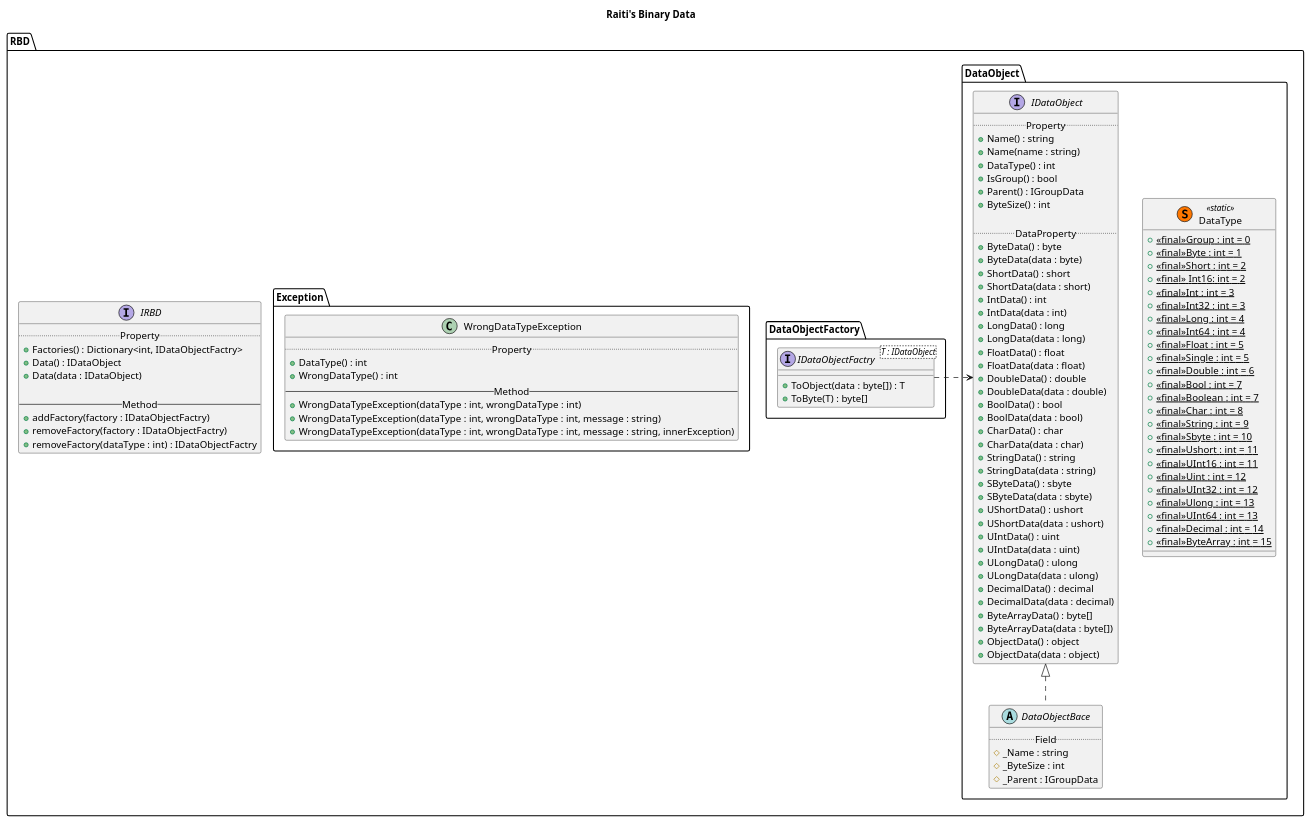
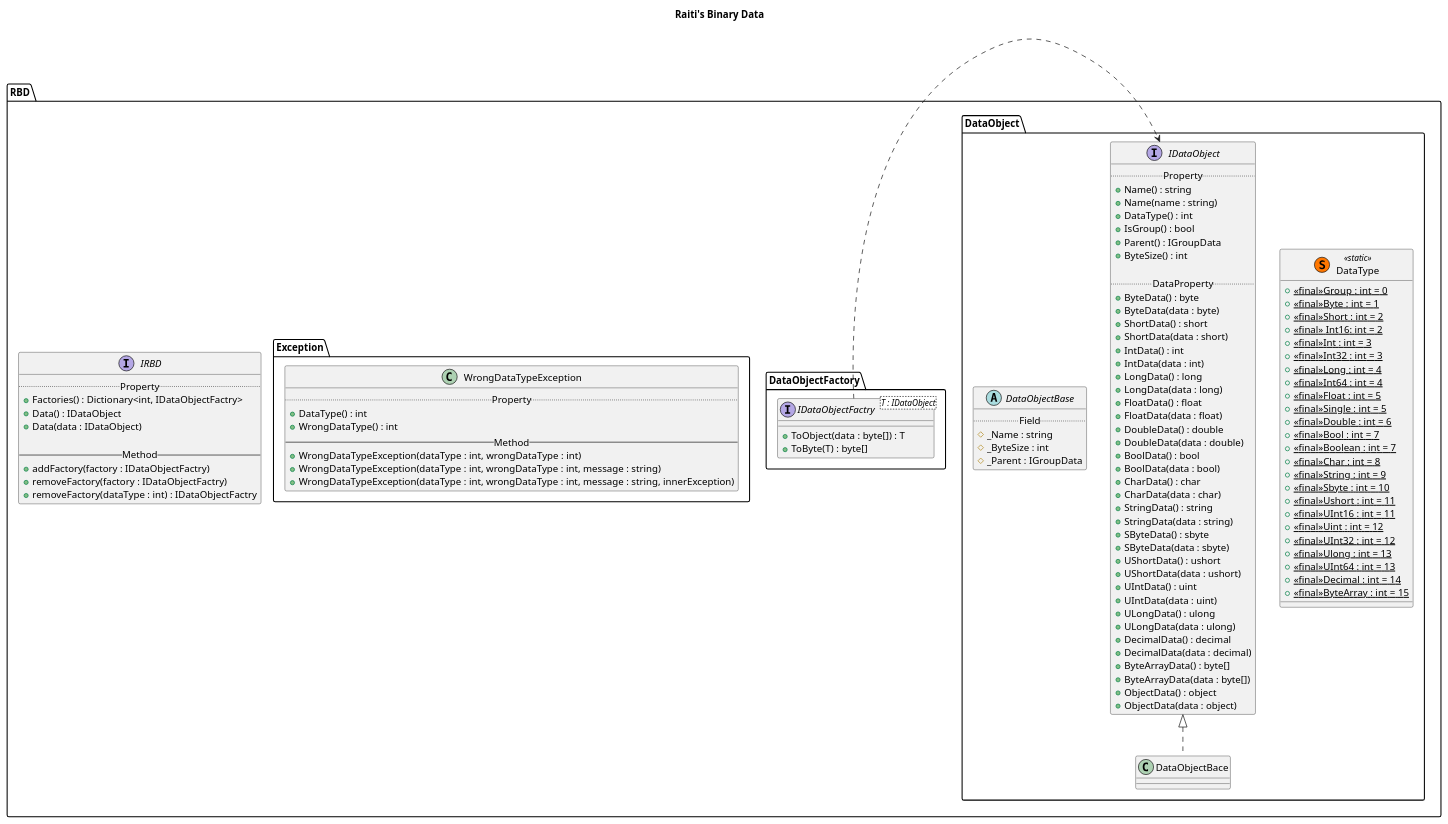
Before and after one commit to raiti-chan/CHUNITHM-Emulator: the diagram in Raitis Binary Data/ClassDiagram.wsd, drawn with PlantUML. The commit also changed 3 other files, not shown here.

```diff
--- a/Raitis Binary Data/ClassDiagram.wsd
+++ b/Raitis Binary Data/ClassDiagram.wsd
@@ -1,123 +1,123 @@
 @startuml {RBDClassDiagram.png}
 title Raiti's Binary Data
 namespace RBD {
 
 	interface IRBD {
 		..Property..
 		+Factories() : Dictionary<int, IDataObjectFactry>
 		+Data() : IDataObject
 		+Data(data : IDataObject)
 
 		--Method--
 		+addFactory(factory : IDataObjectFactry)
 		+removeFactory(factory : IDataObjectFactry)
 		+removeFactory(dataType : int) : IDataObjectFactry
 	}
 
 	
 	namespace DataObject{
 
 		interface IDataObject {
 			..Property..
 			+Name() : string
 			+Name(name : string)
 			+DataType() : int
 			+IsGroup() : bool
 			+Parent() : IGroupData
 			+ByteSize() : int
 
 			..DataProperty..
 			+ByteData() : byte
 			+ByteData(data : byte)
 			+ShortData() : short
 			+ShortData(data : short)
 			+IntData() : int
 			+IntData(data : int) 
 			+LongData() : long
 			+LongData(data : long)
 			+FloatData() : float
 			+FloatData(data : float)
 			+DoubleData() : double
 			+DoubleData(data : double)
 			+BoolData() : bool
 			+BoolData(data : bool)
 			+CharData() : char
 			+CharData(data : char)
 			+StringData() : string
 			+StringData(data : string)
 			+SByteData() : sbyte
 			+SByteData(data : sbyte)
 			+UShortData() : ushort
 			+UShortData(data : ushort)
 			+UIntData() : uint
 			+UIntData(data : uint)
 			+ULongData() : ulong
 			+ULongData(data : ulong)
 			+DecimalData() : decimal
 			+DecimalData(data : decimal)
 			+ByteArrayData() : byte[]
 			+ByteArrayData(data : byte[])
 			+ObjectData() : object
 			+ObjectData(data : object)
 		}
 
-		abstract DataObjectBace {
+		abstract DataObjectBase {
 			..Field..
 			#_Name : string
 			#_ByteSize : int
 			#_Parent : IGroupData
 		}
 
 		IDataObject <|.. DataObjectBace
 
 		class DataType <<(S,#FF7700)static>> {
 			+{static}<<final>>Group : int = 0
 			+{static}<<final>>Byte : int = 1
 			+{static}<<final>>Short : int = 2
 			+{static}<<final>> Int16: int = 2
 			+{static}<<final>>Int : int = 3
 			+{static}<<final>>Int32 : int = 3
 			+{static}<<final>>Long : int = 4
 			+{static}<<final>>Int64 : int = 4
 			+{static}<<final>>Float : int = 5
 			+{static}<<final>>Single : int = 5
 			+{static}<<final>>Double : int = 6
 			+{static}<<final>>Bool : int = 7
 			+{static}<<final>>Boolean : int = 7
 			+{static}<<final>>Char : int = 8
 			+{static}<<final>>String : int = 9
 			+{static}<<final>>Sbyte : int = 10
 			+{static}<<final>>Ushort : int = 11
 			+{static}<<final>>UInt16 : int = 11
 			+{static}<<final>>Uint : int = 12
 			+{static}<<final>>UInt32 : int = 12
 			+{static}<<final>>Ulong : int = 13
 			+{static}<<final>>UInt64 : int = 13
 			+{static}<<final>>Decimal : int = 14
 			+{static}<<final>>ByteArray : int = 15
 		}
 
 		IDataObject -[hidden]right- DataType
 	}
 
 	namespace DataObjectFactory  {
 		interface IDataObjectFactry<T : IDataObject> {
 			+ToObject(data : byte[]) : T
 			+ToByte(T) : byte[]
 		}
 		IDataObjectFactry .right.> RBD.DataObject.IDataObject
 	}
 
 	namespace Exception {
 		class WrongDataTypeException {
 			..Property..
 			+DataType() : int
 			+WrongDataType() : int
 			--Method--
 			+WrongDataTypeException(dataType : int, wrongDataType : int)
 			+WrongDataTypeException(dataType : int, wrongDataType : int, message : string)
 			+WrongDataTypeException(dataType : int, wrongDataType : int, message : string, innerException)
 		}
 	}
 }
 @enduml
```
